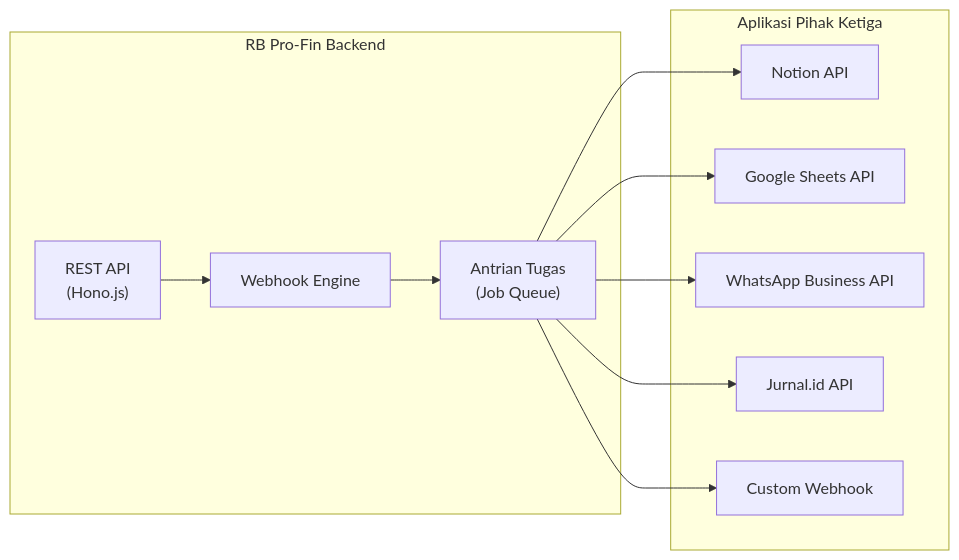
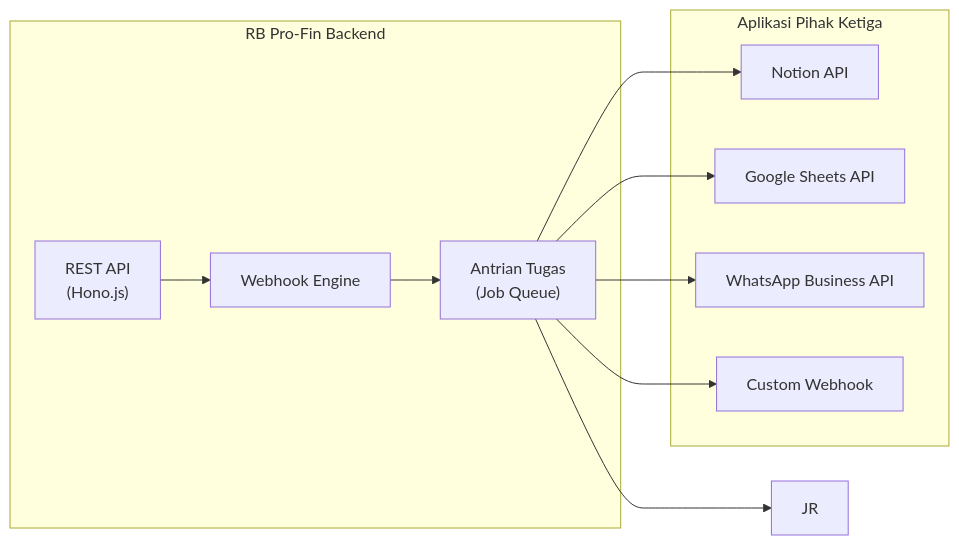
One commit to rancangdanbangun123-coder/pro-fin changed the third of 4 diagrams in docs/PRD_RB_ProFin.md. Above: the diagram before and after it, drawn with Mermaid. The commit also changed other lines of this file, not shown here.

````diff
--- a/docs/PRD_RB_ProFin.md
+++ b/docs/PRD_RB_ProFin.md
@@ -446,24 +445,23 @@
 ```mermaid
 graph LR
     subgraph ProFin["RB Pro-Fin Backend"]
         API["REST API<br/>(Hono.js)"]
         WH["Webhook Engine"]
         Q["Antrian Tugas<br/>(Job Queue)"]
     end
 
     subgraph Eksternal["Aplikasi Pihak Ketiga"]
         N["Notion API"]
         GS["Google Sheets API"]
         WA["WhatsApp Business API"]
-        JR["Jurnal.id API"]
         CU["Custom Webhook"]
     end
 
     API --> WH
     WH --> Q
     Q --> N
     Q --> GS
     Q --> WA
     Q --> JR
     Q --> CU
 ```
````
